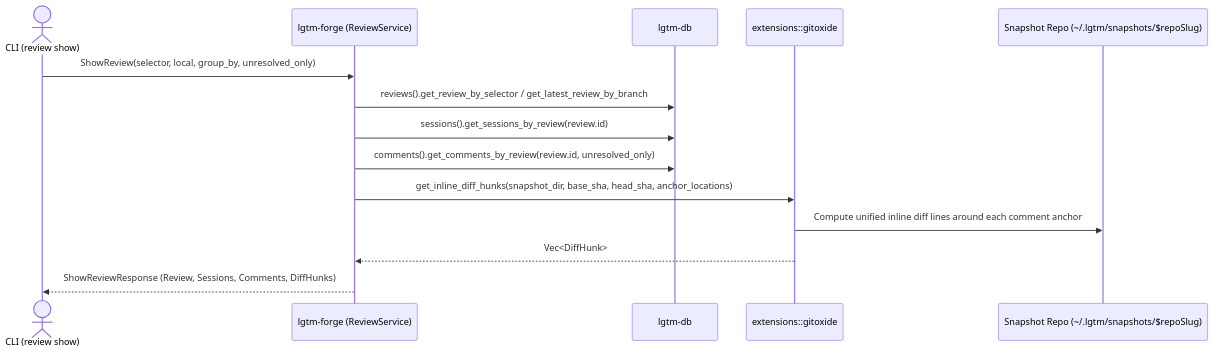
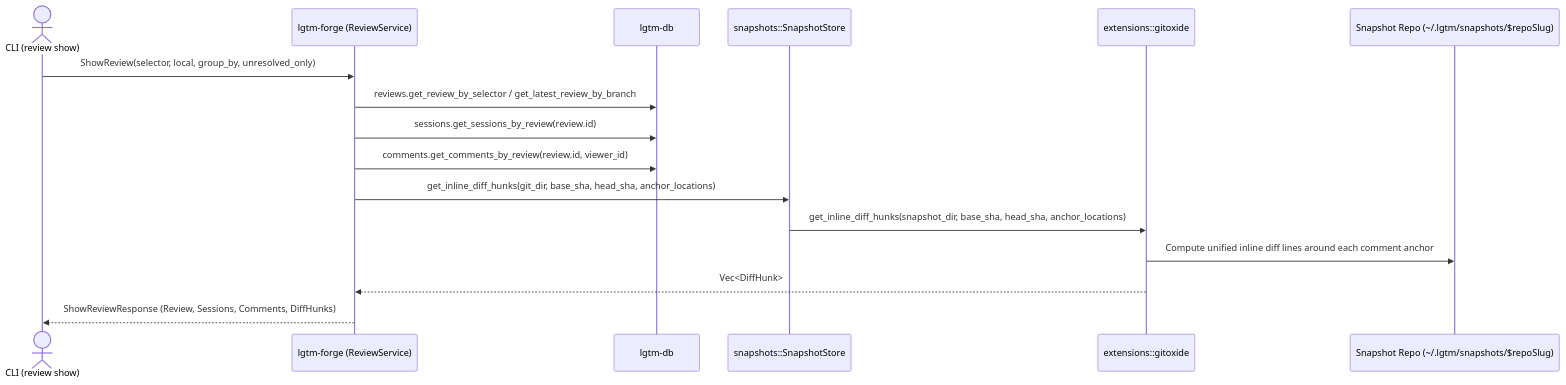
One commit to difflab-io/lgtm changed the sixth of 11 diagrams in docs/architecture/forge/index.md. Above: the diagram before and after it, drawn with Mermaid. The commit also changed other lines of this file and 20 other files, not shown here.

Commit message:
chore: rename backend doc and e2e dirs to forge and add git util TODOs

````diff
--- a/docs/architecture/forge/index.md
+++ b/docs/architecture/forge/index.md
@@ -378,17 +395,19 @@
 ```mermaid
 sequenceDiagram
     actor Caller as CLI (review show)
-    participant Forge as lgtm-forge (ReviewService)
+    participant Service as lgtm-forge (ReviewService)
     participant DB as lgtm-db
+    participant SnapStore as snapshots::SnapshotStore
     participant Gix as extensions::gitoxide
     participant Snapshot as Snapshot Repo (~/.lgtm/snapshots/$repoSlug)
 
-    Caller->>Forge: ShowReview(selector, local, group_by, unresolved_only)
-    Forge->>DB: reviews().get_review_by_selector / get_latest_review_by_branch
-    Forge->>DB: sessions().get_sessions_by_review(review.id)
-    Forge->>DB: comments().get_comments_by_review(review.id, unresolved_only)
-    Forge->>Gix: get_inline_diff_hunks(snapshot_dir, base_sha, head_sha, anchor_locations)
+    Caller->>Service: ShowReview(selector, local, group_by, unresolved_only)
+    Service->>DB: reviews.get_review_by_selector / get_latest_review_by_branch
+    Service->>DB: sessions.get_sessions_by_review(review.id)
+    Service->>DB: comments.get_comments_by_review(review.id, viewer_id)
+    Service->>SnapStore: get_inline_diff_hunks(git_dir, base_sha, head_sha, anchor_locations)
+    SnapStore->>Gix: get_inline_diff_hunks(snapshot_dir, base_sha, head_sha, anchor_locations)
     Gix->>Snapshot: Compute unified inline diff lines around each comment anchor
-    Gix-->>Forge: Vec<DiffHunk>
-    Forge-->>Caller: ShowReviewResponse (Review, Sessions, Comments, DiffHunks)
+    Gix-->>Service: Vec<DiffHunk>
+    Service-->>Caller: ShowReviewResponse (Review, Sessions, Comments, DiffHunks)
 ```
````
